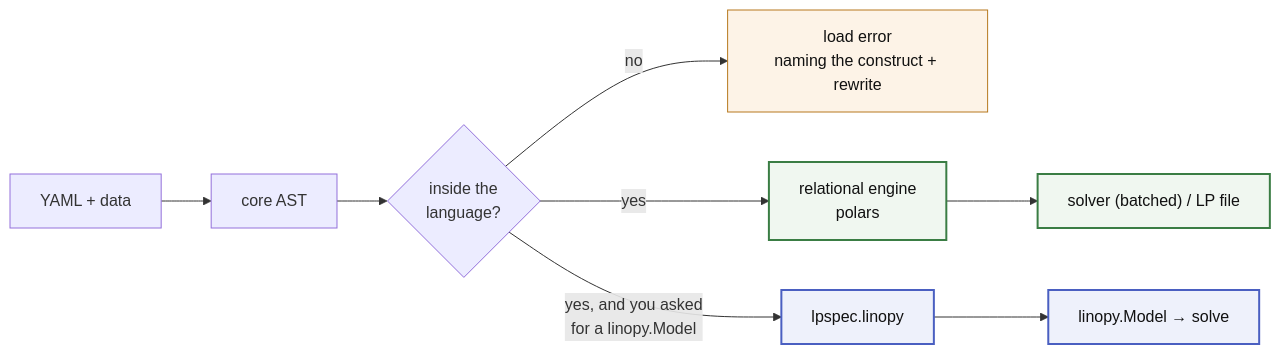
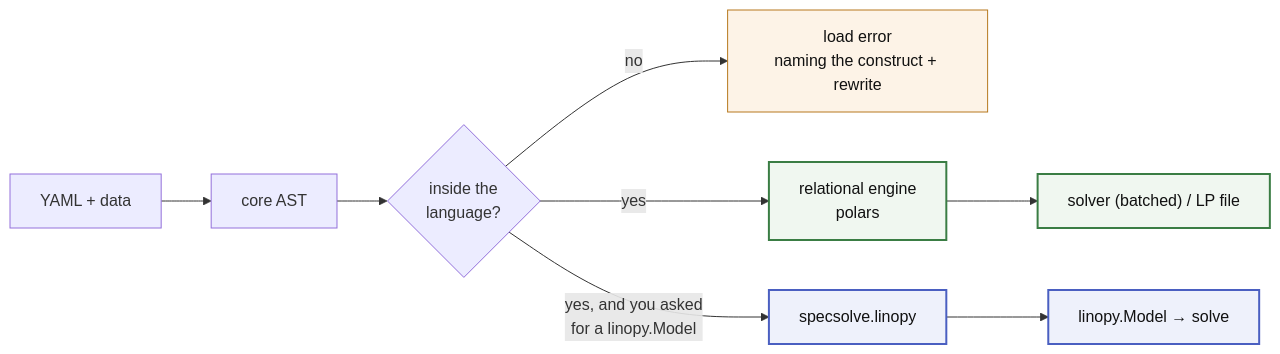
The diagram in README.md (fluxopt/lpspec), drawn with Mermaid before and after one commit. The commit also changed other lines of this file and 330 other files, not shown here.

````diff
--- a/README.md
+++ b/README.md
@@ -46,17 +46,17 @@
 ```mermaid
 flowchart LR
     Y["YAML + data"] --> AST["core AST"]
     AST --> R{"inside the<br/>language?"}
     R -->|"no"| ERR["load error<br/>naming the construct + rewrite"]
     R -->|"yes"| S["relational engine<br/>polars"]
     S --> OUT["solver (batched) / LP file"]
-    R -->|"yes, and you asked<br/>for a linopy.Model"| E["lpspec.linopy"]
+    R -->|"yes, and you asked<br/>for a linopy.Model"| E["specsolve.linopy"]
     E --> LS["linopy.Model → solve"]
 
     classDef stream fill:#f0f7f0,stroke:#3a7d44,stroke-width:2px,color:#111
     classDef linopylane fill:#eef1fb,stroke:#4a5fc1,stroke-width:2px,color:#111
     class S,OUT stream
     class E,LS linopylane
     class ERR err
     classDef err fill:#fdf3e7,stroke:#b7791f,color:#111
 ```
````
